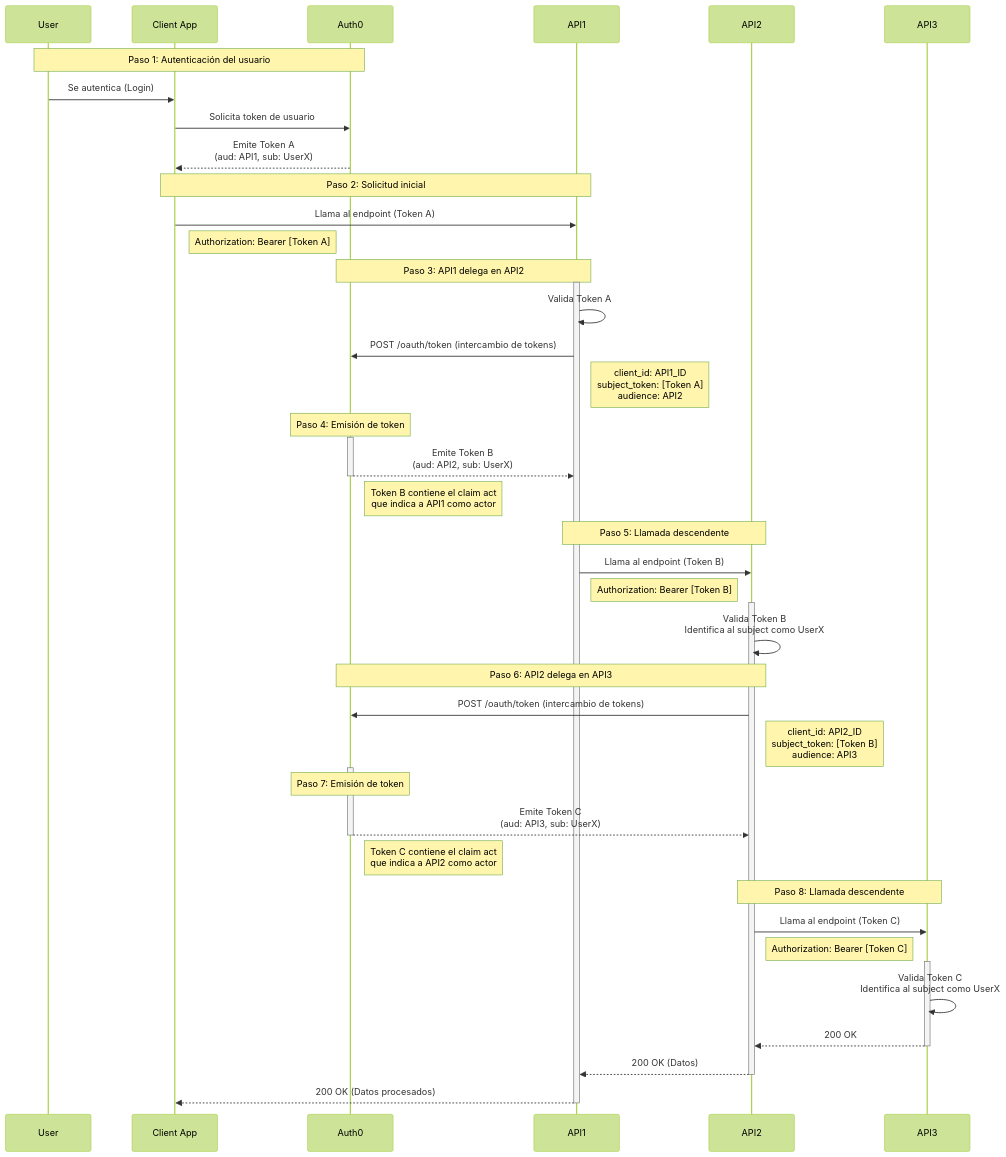
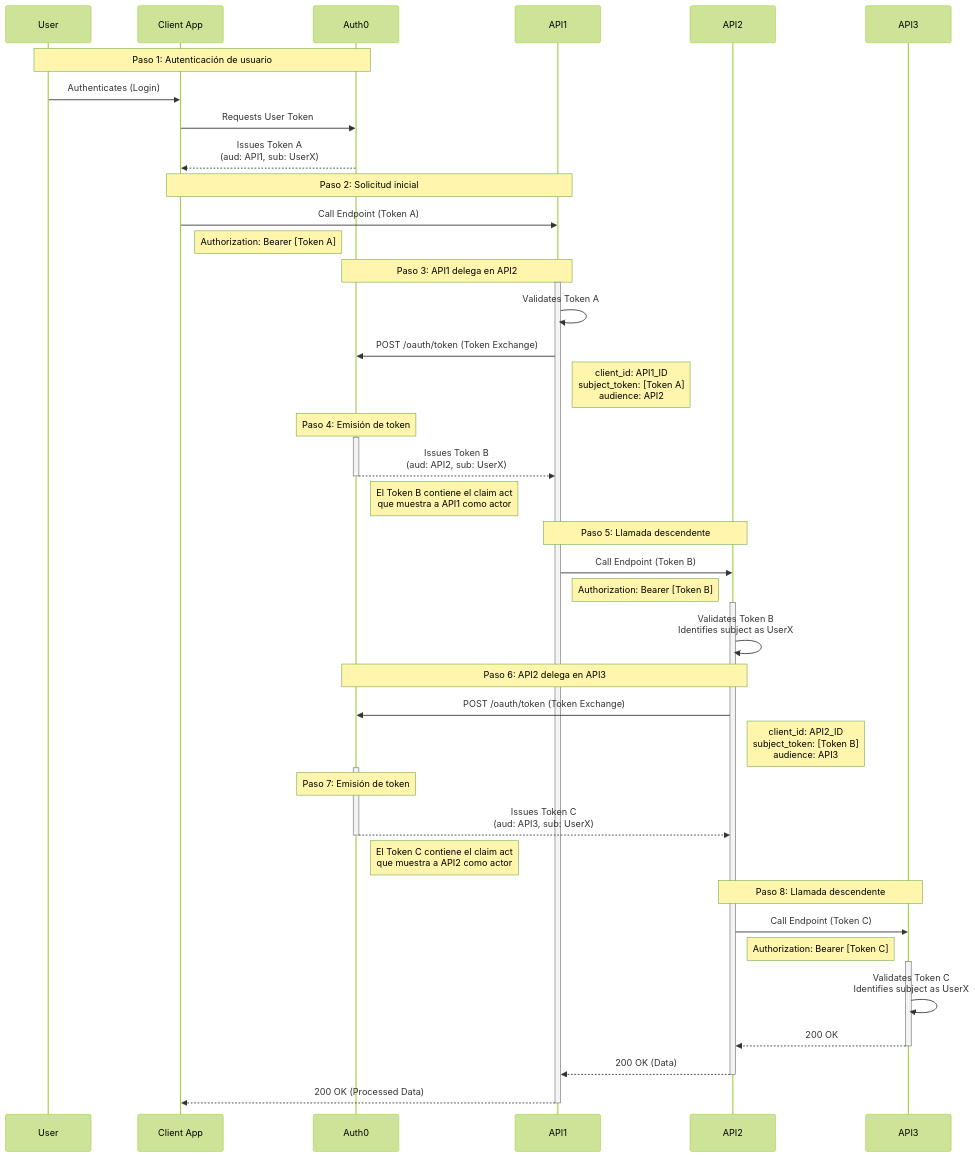
Before and after one commit to mikemimik/docs-v2: the second of 2 diagrams in main/docs/es/secure/call-apis-on-users-behalf/on-behalf-of-token-exchange.mdx, drawn with Mermaid (forest theme). The commit also changed other lines of this file and 5425 other files, not shown here.

````diff
--- a/main/docs/es/secure/call-apis-on-users-behalf/on-behalf-of-token-exchange.mdx
+++ b/main/docs/es/secure/call-apis-on-users-behalf/on-behalf-of-token-exchange.mdx
@@ -208,59 +208,59 @@
 ```mermaid
 sequenceDiagram
     participant User
     participant Client App
     participant Auth0
     participant API1
     participant API2
     participant API3
 
-    Note over User,Auth0: Paso 1: Autenticación del usuario
-    User->>Client App: Se autentica (Login)
-    Client App->>Auth0: Solicita token de usuario
-    Auth0-->>Client App: Emite Token A<br/>(aud: API1, sub: UserX)
+    Note over User,Auth0: Paso 1: Autenticación de usuario
+    User->>Client App: Authenticates (Login)
+    Client App->>Auth0: Requests User Token
+    Auth0-->>Client App: Issues Token A<br/>(aud: API1, sub: UserX)
 
     Note over Client App,API1: Paso 2: Solicitud inicial
-    Client App->>API1: Llama al endpoint (Token A)
+    Client App->>API1: Call Endpoint (Token A)
     Note right of Client App: Authorization: Bearer [Token A]
 
     Note over API1,Auth0: Paso 3: API1 delega en API2
     activate API1
-    API1->>API1: Valida Token A
-    API1->>Auth0: POST /oauth/token (intercambio de tokens)
+    API1->>API1: Validates Token A
+    API1->>Auth0: POST /oauth/token (Token Exchange)
     Note right of API1: client_id: API1_ID<br/>subject_token: [Token A]<br/>audience: API2
 
     Note over Auth0: Paso 4: Emisión de token
     activate Auth0
-    Auth0-->>API1: Emite Token B<br/>(aud: API2, sub: UserX)
+    Auth0-->>API1: Issues Token B<br/>(aud: API2, sub: UserX)
     deactivate Auth0
-    Note right of Auth0: Token B contiene el claim act<br/>que indica a API1 como actor
+    Note right of Auth0: El Token B contiene el claim act<br/>que muestra a API1 como actor
 
     Note over API1,API2: Paso 5: Llamada descendente
-    API1->>API2: Llama al endpoint (Token B)
+    API1->>API2: Call Endpoint (Token B)
     Note right of API1: Authorization: Bearer [Token B]
     activate API2
-    API2->>API2: Valida Token B<br/>Identifica al subject como UserX
+    API2->>API2: Validates Token B<br/>Identifies subject as UserX
 
     Note over API2,Auth0: Paso 6: API2 delega en API3
-    API2->>Auth0: POST /oauth/token (intercambio de tokens)
+    API2->>Auth0: POST /oauth/token (Token Exchange)
     Note right of API2: client_id: API2_ID<br/>subject_token: [Token B]<br/>audience: API3
     activate Auth0
 
     Note over Auth0: Paso 7: Emisión de token
-    Auth0-->>API2: Emite Token C<br/>(aud: API3, sub: UserX)
+    Auth0-->>API2: Issues Token C<br/>(aud: API3, sub: UserX)
     deactivate Auth0
-    Note right of Auth0: Token C contiene el claim act<br/>que indica a API2 como actor
+    Note right of Auth0: El Token C contiene el claim act<br/>que muestra a API2 como actor
 
     Note over API2,API3: Paso 8: Llamada descendente
-    API2->>API3: Llama al endpoint (Token C)
+    API2->>API3: Call Endpoint (Token C)
     Note right of API2: Authorization: Bearer [Token C]
     activate API3
-    API3->>API3: Valida Token C<br/>Identifica al subject como UserX
+    API3->>API3: Validates Token C<br/>Identifies subject as UserX
     API3-->>API2: 200 OK
     deactivate API3
 
-    API2-->>API1: 200 OK (Datos)
+    API2-->>API1: 200 OK (Data)
     deactivate API2
-    API1-->>Client App: 200 OK (Datos procesados)
+    API1-->>Client App: 200 OK (Processed Data)
     deactivate API1
 ```
````
